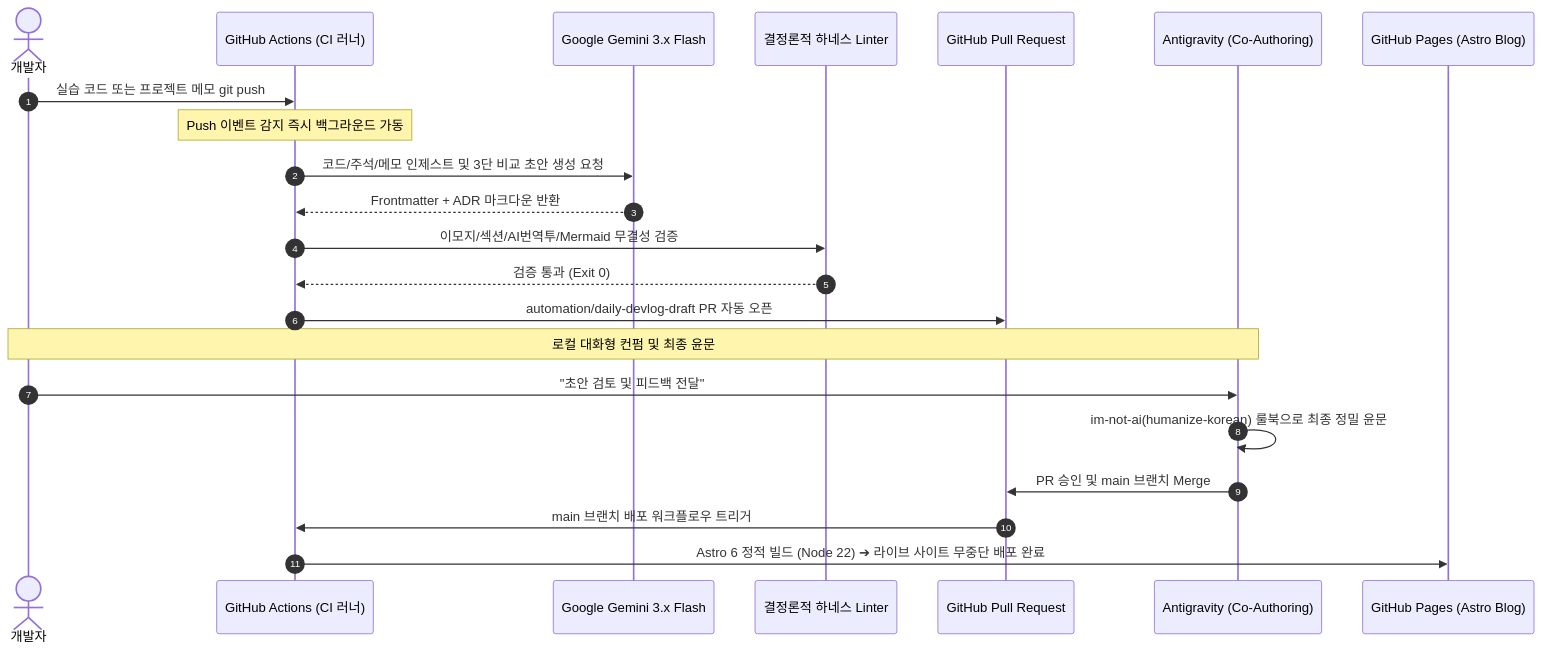
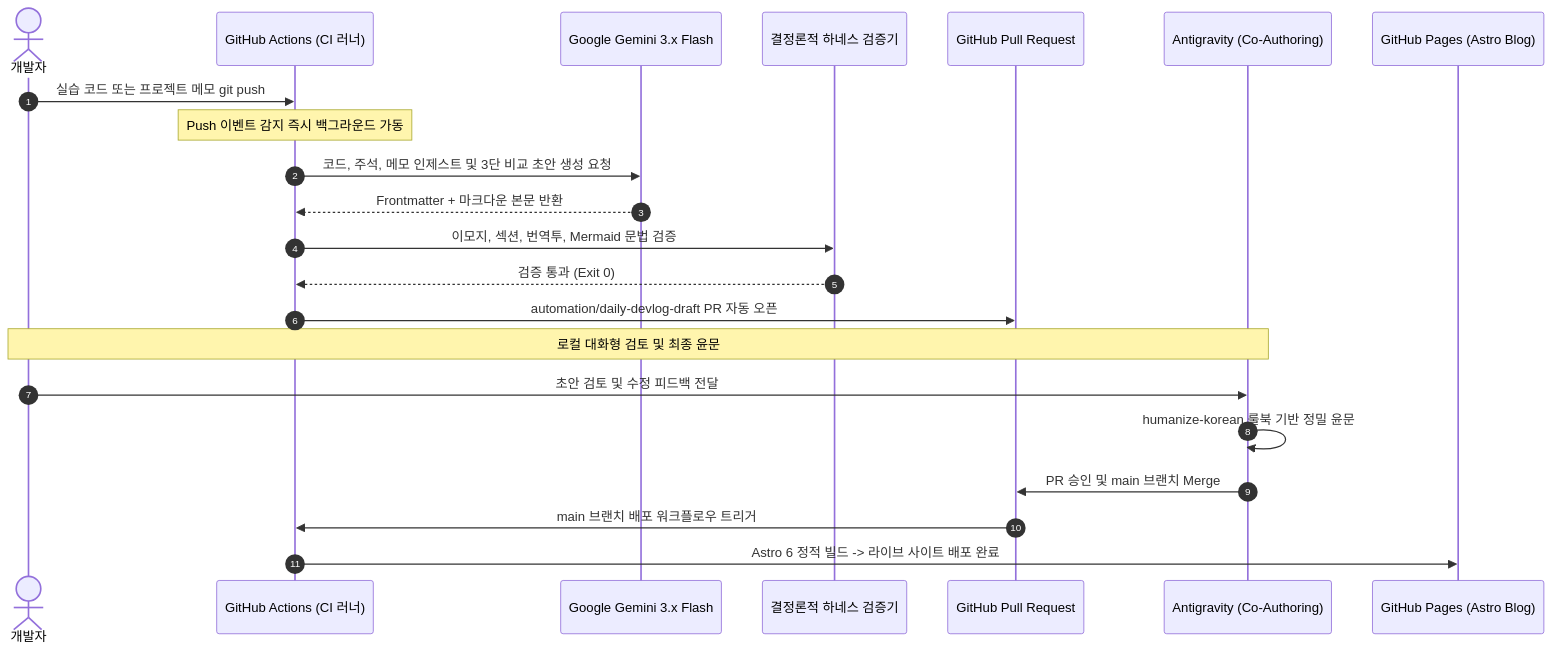
One commit to mmmphyun/security-agent-toolkit changed the diagram in README.md. Above: the diagram before and after it, drawn with Mermaid. The commit also changed other lines of this file, not shown here.

````diff
--- a/README.md
+++ b/README.md
@@ -55,27 +53,27 @@
 ```mermaid
 sequenceDiagram
     autonumber
     actor Dev as 개발자
     participant GH as GitHub Actions (CI 러너)
     participant Gemini as Google Gemini 3.x Flash
-    participant Harness as 결정론적 하네스 Linter
+    participant Harness as 결정론적 하네스 검증기
     participant PR as GitHub Pull Request
     participant AGY as Antigravity (Co-Authoring)
     participant Pages as GitHub Pages (Astro Blog)
 
     Dev->>GH: 실습 코드 또는 프로젝트 메모 git push
     Note over GH: Push 이벤트 감지 즉시 백그라운드 가동
-    GH->>Gemini: 코드/주석/메모 인제스트 및 3단 비교 초안 생성 요청
-    Gemini-->>GH: Frontmatter + ADR 마크다운 반환
-    GH->>Harness: 이모지/섹션/AI번역투/Mermaid 무결성 검증
+    GH->>Gemini: 코드, 주석, 메모 인제스트 및 3단 비교 초안 생성 요청
+    Gemini-->>GH: Frontmatter + 마크다운 본문 반환
+    GH->>Harness: 이모지, 섹션, 번역투, Mermaid 문법 검증
     Harness-->>GH: 검증 통과 (Exit 0)
     GH->>PR: automation/daily-devlog-draft PR 자동 오픈
 
-    Note over Dev,AGY: 로컬 대화형 컨펌 및 최종 윤문
-    Dev->>AGY: "초안 검토 및 피드백 전달"
-    AGY->>AGY: im-not-ai(humanize-korean) 룰북으로 최종 정밀 윤문
+    Note over Dev,AGY: 로컬 대화형 검토 및 최종 윤문
+    Dev->>AGY: 초안 검토 및 수정 피드백 전달
+    AGY->>AGY: humanize-korean 룰북 기반 정밀 윤문
     AGY->>PR: PR 승인 및 main 브랜치 Merge
 
     PR->>GH: main 브랜치 배포 워크플로우 트리거
-    GH->>Pages: Astro 6 정적 빌드 (Node 22) ➔ 라이브 사이트 무중단 배포 완료
+    GH->>Pages: Astro 6 정적 빌드 -> 라이브 사이트 배포 완료
 ```
````
